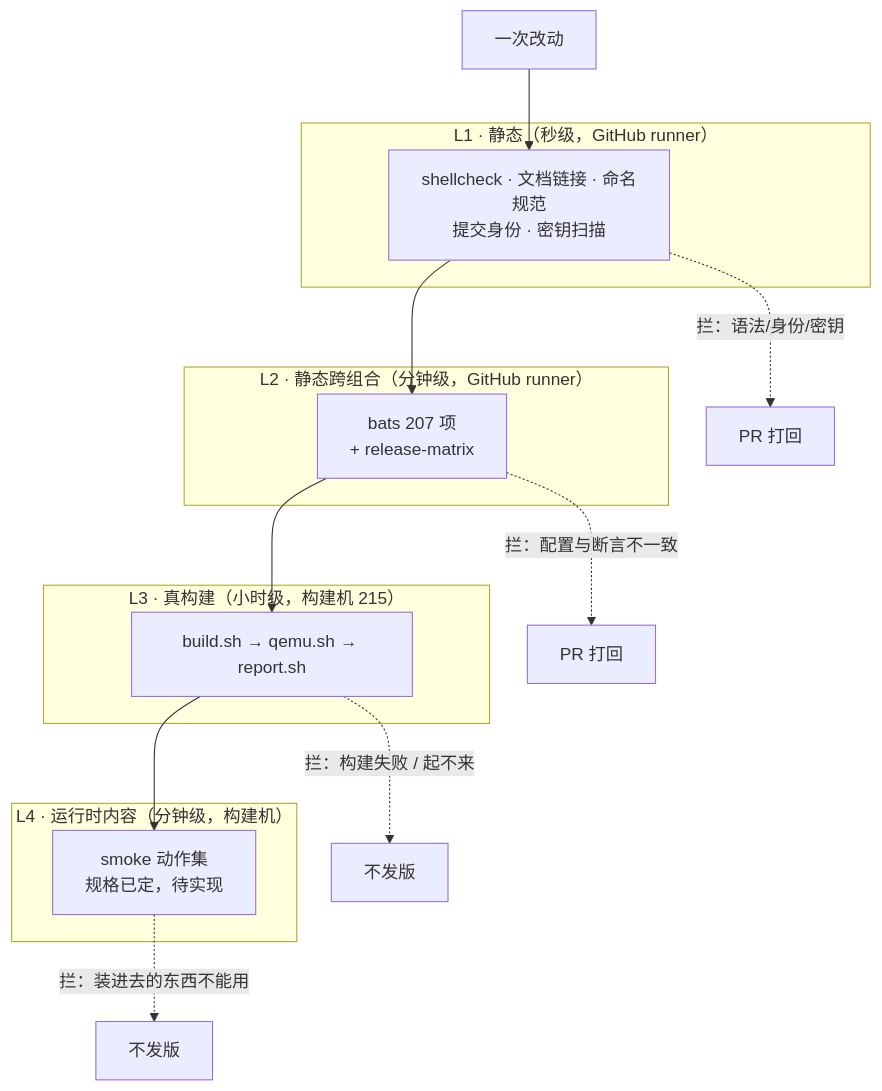
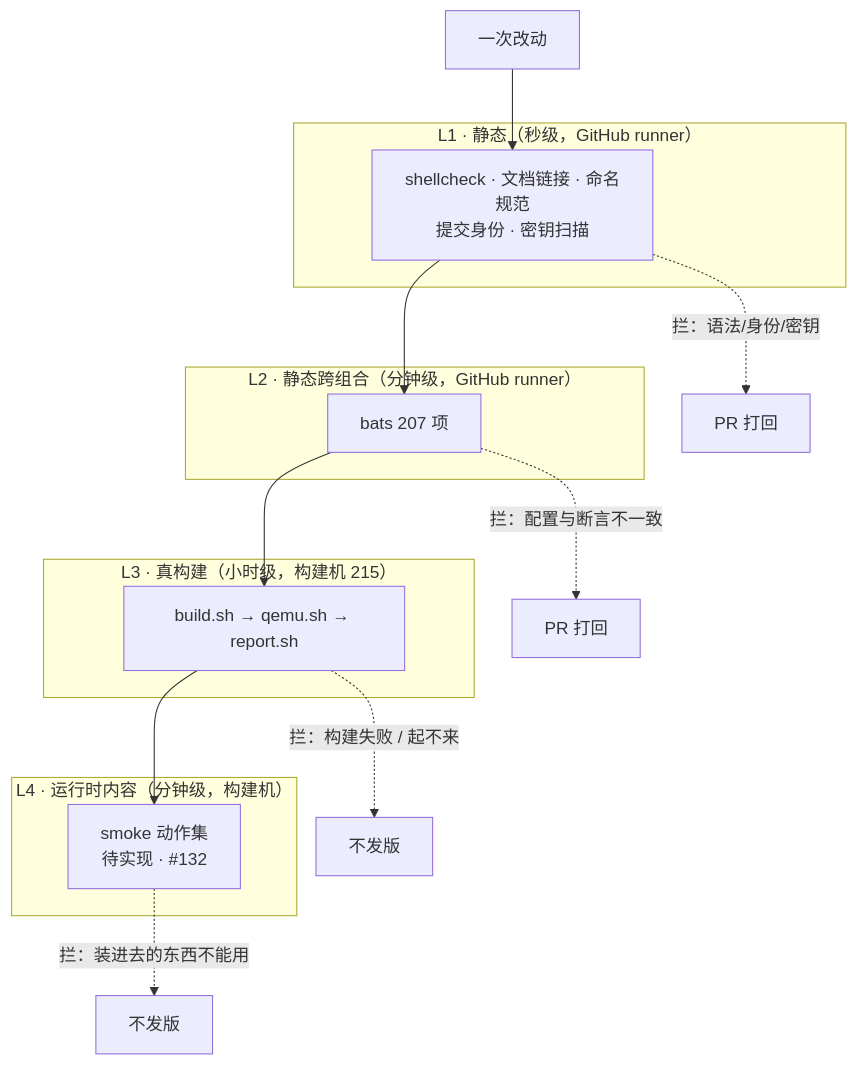
The first of 3 diagrams in docs/verification-flow.md (zeek-zhao/yp-distro), drawn with Mermaid before and after one commit. The commit also changed other lines of this file and 10 other files, not shown here.

````diff
--- a/docs/verification-flow.md
+++ b/docs/verification-flow.md
@@ -30,29 +34,29 @@
 ```mermaid
 flowchart TD
     CH["一次改动"] --> L1
 
     subgraph L1G["L1 · 静态（秒级，GitHub runner）"]
         L1["shellcheck · 文档链接 · 命名规范<br/>提交身份 · 密钥扫描"]
     end
 
     subgraph L2G["L2 · 静态跨组合（分钟级，GitHub runner）"]
-        L2["bats 207 项<br/>+ release-matrix"]
+        L2["bats 207 项"]
     end
 
     subgraph L3G["L3 · 真构建（小时级，构建机 215）"]
         L3["build.sh → qemu.sh → report.sh"]
     end
 
     subgraph L4G["L4 · 运行时内容（分钟级，构建机）"]
-        L4["smoke 动作集<br/>规格已定，待实现"]
+        L4["smoke 动作集<br/>待实现 · #132"]
     end
 
     L1 --> L2
     L2 --> L3
     L3 --> L4
 
     L1 -.->|"拦：语法/身份/密钥"| X1["PR 打回"]
     L2 -.->|"拦：配置与断言不一致"| X2["PR 打回"]
     L3 -.->|"拦：构建失败 / 起不来"| X3["不发版"]
     L4 -.->|"拦：装进去的东西不能用"| X4["不发版"]
 ```
````
